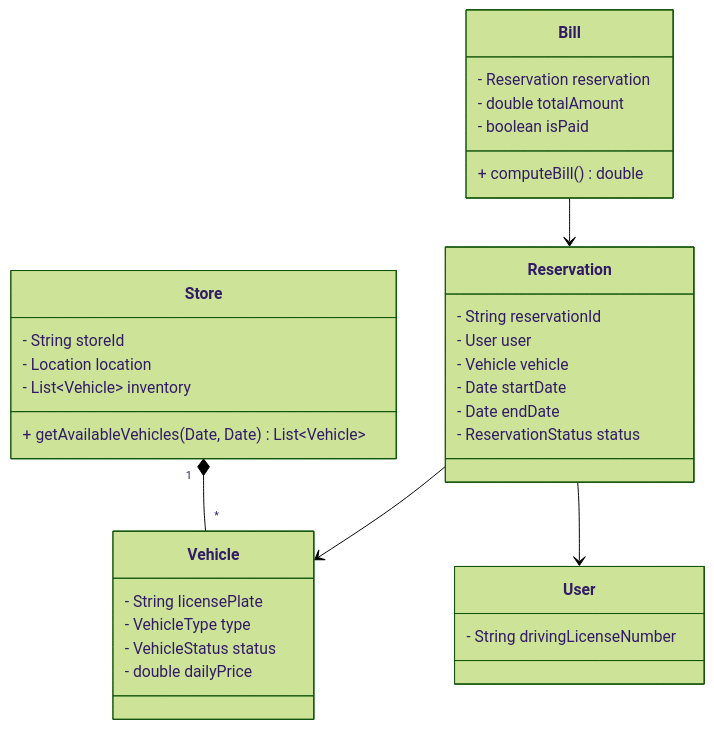
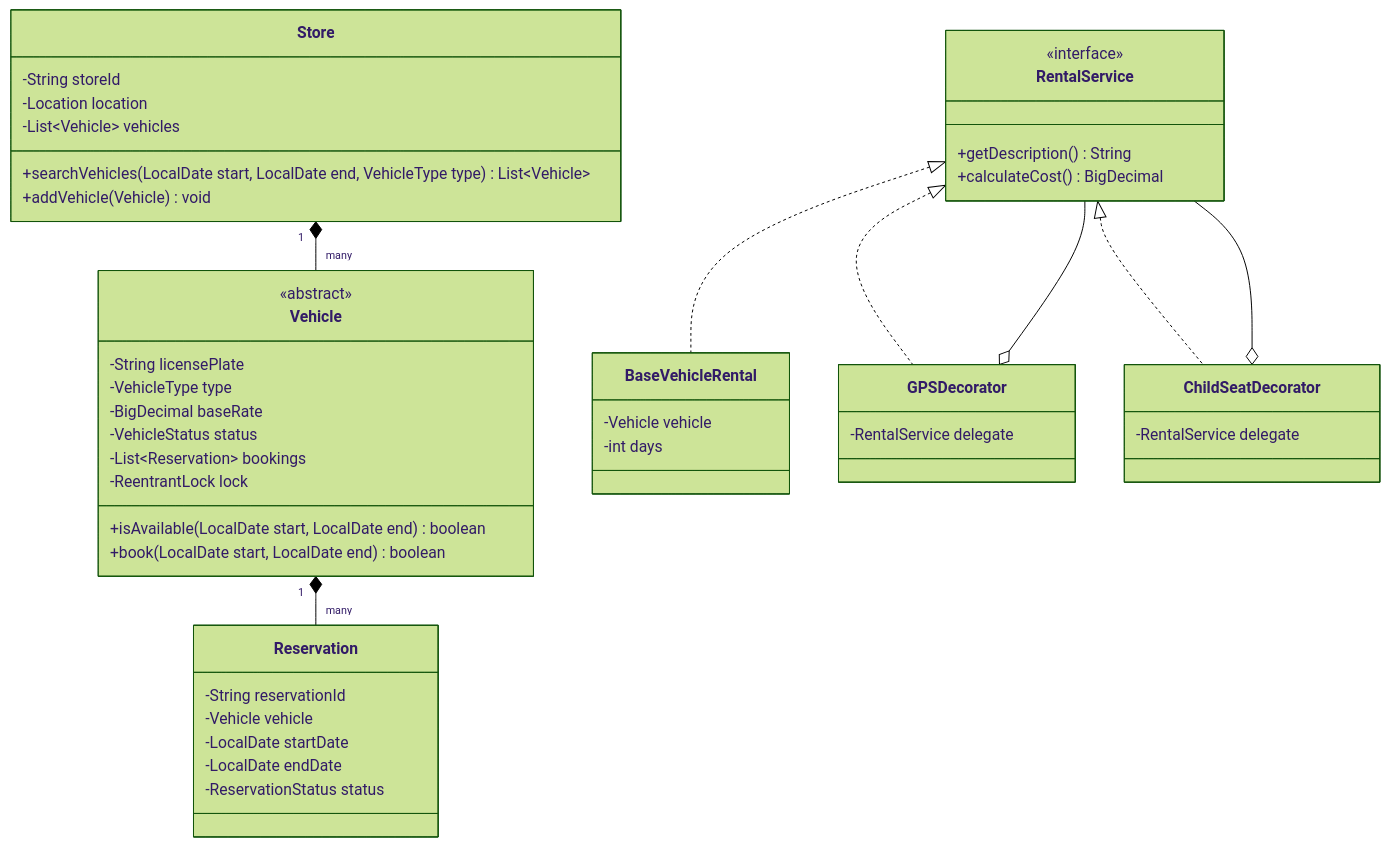
The second of 2 diagrams in src/pages/03-lld/machine-coding/car-rental/index.mdx (akshay-k-r/Interview-Prep-Resource), drawn with Mermaid (forest theme) before and after one commit. The commit also changed other lines of this file and 179 other files, not shown here.

````diff
--- a/src/pages/03-lld/machine-coding/car-rental/index.mdx
+++ b/src/pages/03-lld/machine-coding/car-rental/index.mdx
@@ -20,41 +55,57 @@
 ```mermaid
 classDiagram
-    class Vehicle {
-        - String licensePlate
-        - VehicleType type
-        - VehicleStatus status
-        - double dailyPrice
+    class Store {
+        -String storeId
+        -Location location
+        -List~Vehicle~ vehicles
+        +searchVehicles(LocalDate start, LocalDate end, VehicleType type) List~Vehicle~
+        +addVehicle(Vehicle) void
     }
 
-    class Store {
-        - String storeId
-        - Location location
-        - List~Vehicle~ inventory
-        + getAvailableVehicles(Date, Date) List~Vehicle~
+    class Vehicle {
+        <<abstract>>
+        -String licensePlate
+        -VehicleType type
+        -BigDecimal baseRate
+        -VehicleStatus status
+        -List~Reservation~ bookings
+        -ReentrantLock lock
+        +isAvailable(LocalDate start, LocalDate end) boolean
+        +book(LocalDate start, LocalDate end) boolean
     }
 
     class Reservation {
-        - String reservationId
-        - User user
-        - Vehicle vehicle
-        - Date startDate
-        - Date endDate
-        - ReservationStatus status
+        -String reservationId
+        -Vehicle vehicle
+        -LocalDate startDate
+        -LocalDate endDate
+        -ReservationStatus status
     }
 
-    class Bill {
-        - Reservation reservation
-        - double totalAmount
-        - boolean isPaid
-        + computeBill() double
+    class RentalService {
+        <<interface>>
+        +getDescription() String
+        +calculateCost() BigDecimal
     }
 
-    class User {
-        - String drivingLicenseNumber
+    class BaseVehicleRental {
+        -Vehicle vehicle
+        -int days
     }
 
-    Store "1" *-- "*" Vehicle
-    Reservation --> Vehicle
-    Reservation --> User
-    Bill --> Reservation
+    class GPSDecorator {
+        -RentalService delegate
+    }
+
+    class ChildSeatDecorator {
+        -RentalService delegate
+    }
+
+    RentalService <|.. BaseVehicleRental
+    RentalService <|.. GPSDecorator
+    RentalService <|.. ChildSeatDecorator
+    GPSDecorator o-- RentalService
+    ChildSeatDecorator o-- RentalService
+    Store "1" *-- "many" Vehicle
+    Vehicle "1" *-- "many" Reservation
 ```
````
